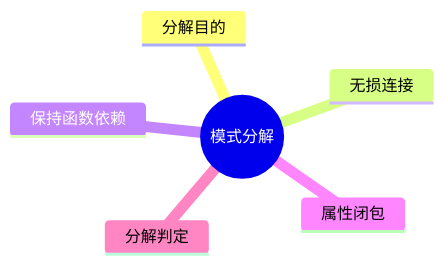
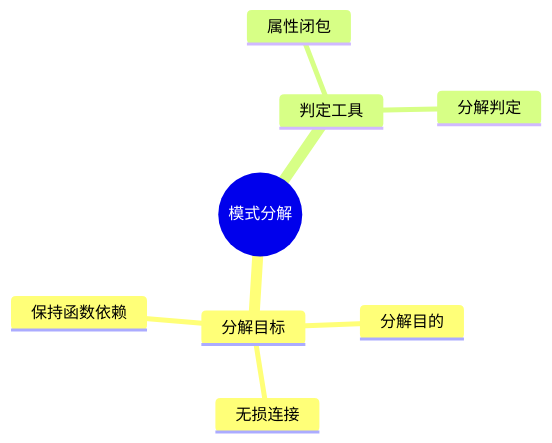
The first of 3 diagrams in docs/ruankao/system-architect/chapters/chapter-03/10-schema-decomposition.md (skylonely/sgao-website), drawn with Mermaid before and after one commit. The commit also changed other lines of this file and 39 other files, not shown here.

Commit message:
fix: Mermaid 思维导图

````diff
--- a/docs/ruankao/system-architect/chapters/chapter-03/10-schema-decomposition.md
+++ b/docs/ruankao/system-architect/chapters/chapter-03/10-schema-decomposition.md
@@ -34,9 +34,11 @@
 ```mermaid
 mindmap
   root((模式分解))
-    分解目的
-    无损连接
-    保持函数依赖
-    属性闭包
-    分解判定
+    分解目标
+      分解目的
+      无损连接
+      保持函数依赖
+    判定工具
+      属性闭包
+      分解判定
 ```
````
